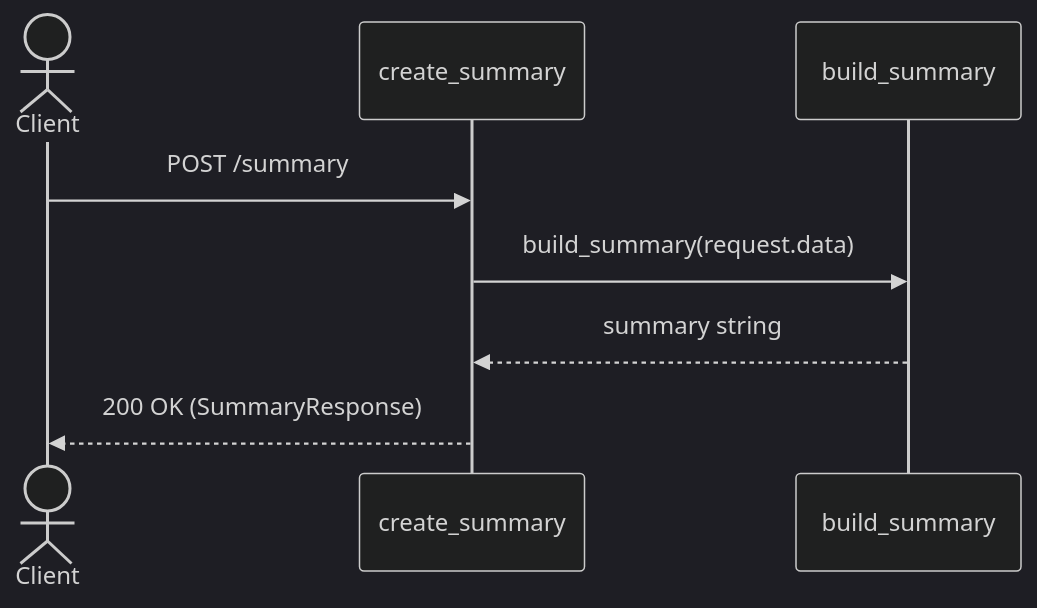
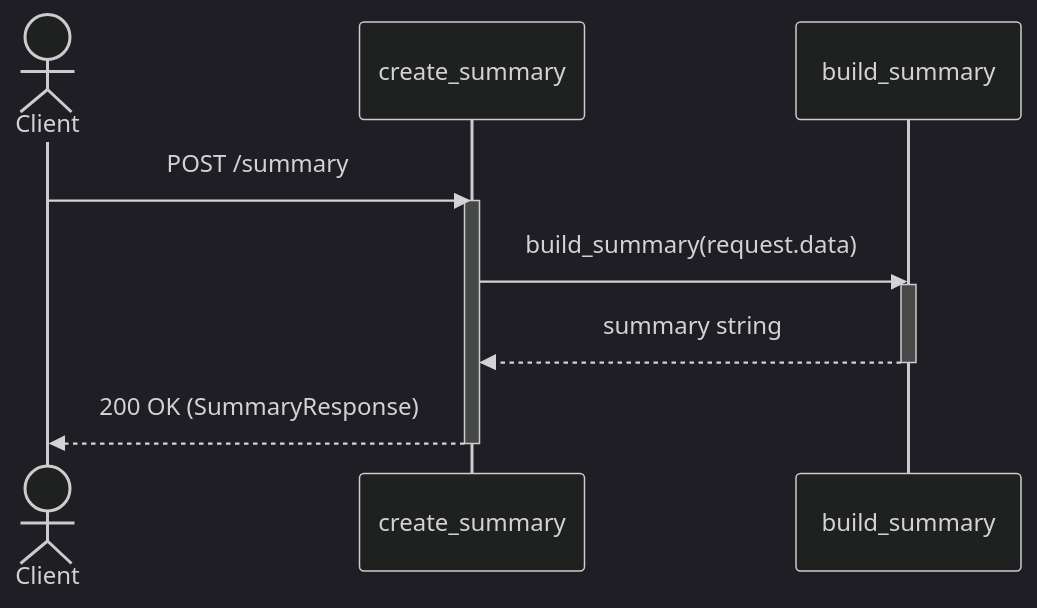
The first of 2 diagrams in README.md (Software-Sluggers/CS361-Data-Summary-Service), drawn with Mermaid (dark theme) before and after one commit. The commit also changed other lines of this file, not shown here.

Commit message:
Added activation/deactivation to sequence diagrams

````diff
--- a/README.md
+++ b/README.md
@@ -90,11 +90,15 @@
 ```mermaid
 sequenceDiagram
     actor Client
     participant create_summary
     participant build_summary
 
     Client->>create_summary: POST /summary
+    activate create_summary
     create_summary->>build_summary: build_summary(request.data)
+    activate build_summary
     build_summary-->>create_summary: summary string
+    deactivate build_summary
     create_summary-->>Client: 200 OK (SummaryResponse)
+    deactivate create_summary
 ```
````
